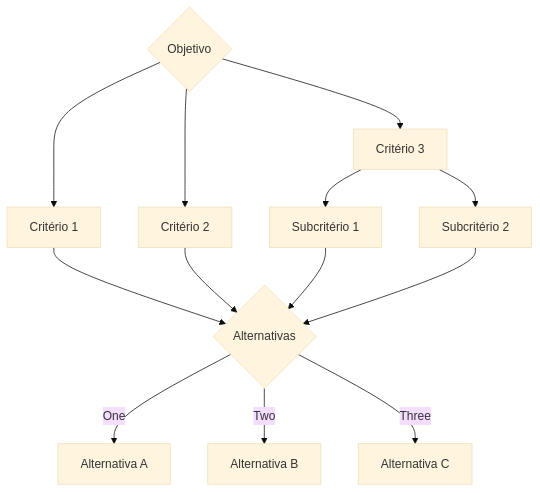
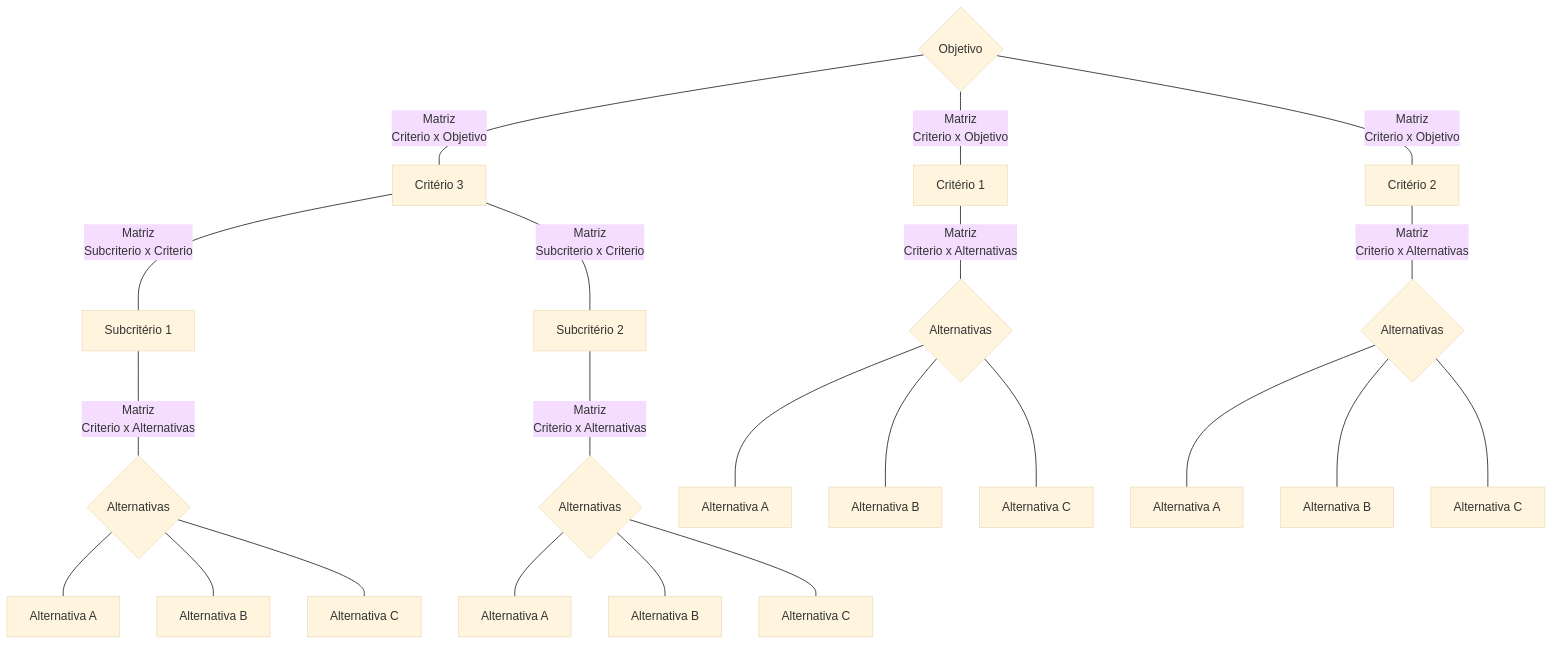
The diagram in README.md (GarthTeixeira/eco-lab), drawn with Mermaid (base theme) before and after one commit.

Commit message:
try option for flowchart

````diff
--- a/README.md
+++ b/README.md
@@ -15,15 +15,24 @@
 ```mermaid
 flowchart TD
-    A{Objetivo} --> B[Critério 1]
-    A --> G[Critério 2]
-    A --> H[Critério 3]
-    H --> I[Subcritério 1]
-    H --> J[Subcritério 2]
-    B --> C{Alternativas}
-    G --> C
-    I --> C
-    J --> C
-    C -->|One| D[Alternativa A]
-    C -->|Two| E[Alternativa B]
-    C -->|Three| F[Alternativa C]
+    A{Objetivo} ---|"Matriz \n Criterio x Objetivo"| B[Critério 1]
+    A ---|"Matriz \n Criterio x Objetivo"| G[Critério 2]
+    A ---|"Matriz \n Criterio x Objetivo"| H[Critério 3]
+    H ---|"Matriz \n Subcriterio x Criterio"| I[Subcritério 1]
+    H ---|"Matriz \n Subcriterio x Criterio"| J[Subcritério 2]
+    B ---|"Matriz \n Criterio x Alternativas"| C{Alternativas}
+    G ---|"Matriz \n Criterio x Alternativas"|K{Alternativas}
+    I ---|"Matriz \n Criterio x Alternativas"| L{Alternativas}
+    J ---|"Matriz \n Criterio x Alternativas"| M{Alternativas}
+    C ---D[Alternativa A]
+    C ---E[Alternativa B]
+    C ---F[Alternativa C]
+    K ---N[Alternativa A]
+    K ---O[Alternativa B]
+    K ---P[Alternativa C]
+    L ---Q[Alternativa A]
+    L ---R[Alternativa B]
+    L ---S[Alternativa C]
+    M ---T[Alternativa A]
+    M ---U[Alternativa B]
+    M ---V[Alternativa C]
 ```
````
